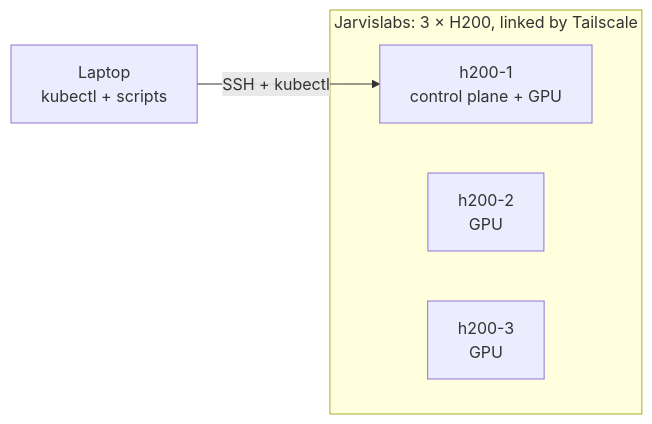
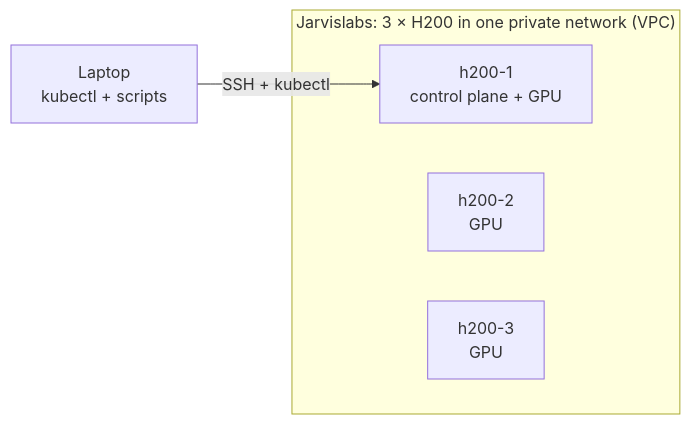
Before and after one commit to Sagar2366/gke-gpu-sharing-workshop: the diagram in tools/story-src/demo-workshop.md, drawn with Mermaid. The commit also changed other lines of this file and 52 other files, not shown here.

Commit message:
Jarvislabs demo: step-by-step kubeadm + Cilium on private VPC

````diff
--- a/tools/story-src/demo-workshop.md
+++ b/tools/story-src/demo-workshop.md
@@ -8,9 +8,9 @@
 ```mermaid
 flowchart LR
   L["Laptop<br/>kubectl + scripts"] -- "SSH + kubectl" --> CP
-  subgraph JL["Jarvislabs: 3 × H200, linked by Tailscale"]
+  subgraph JL["Jarvislabs: 3 × H200 in one private network (VPC)"]
     CP["h200-1<br/>control plane + GPU"]
     N2["h200-2<br/>GPU"]
     N3["h200-3<br/>GPU"]
   end
 ```
````
